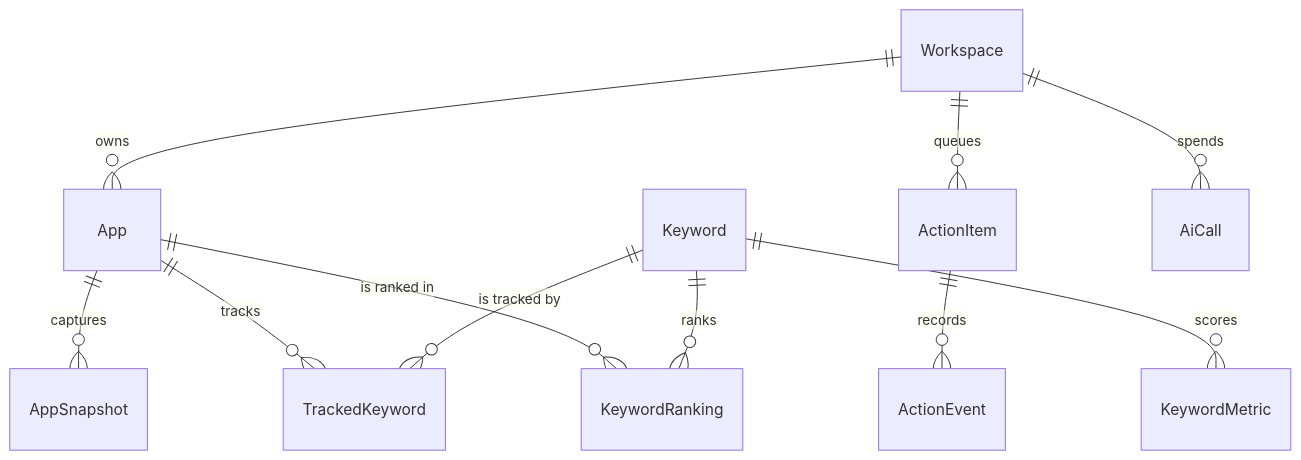
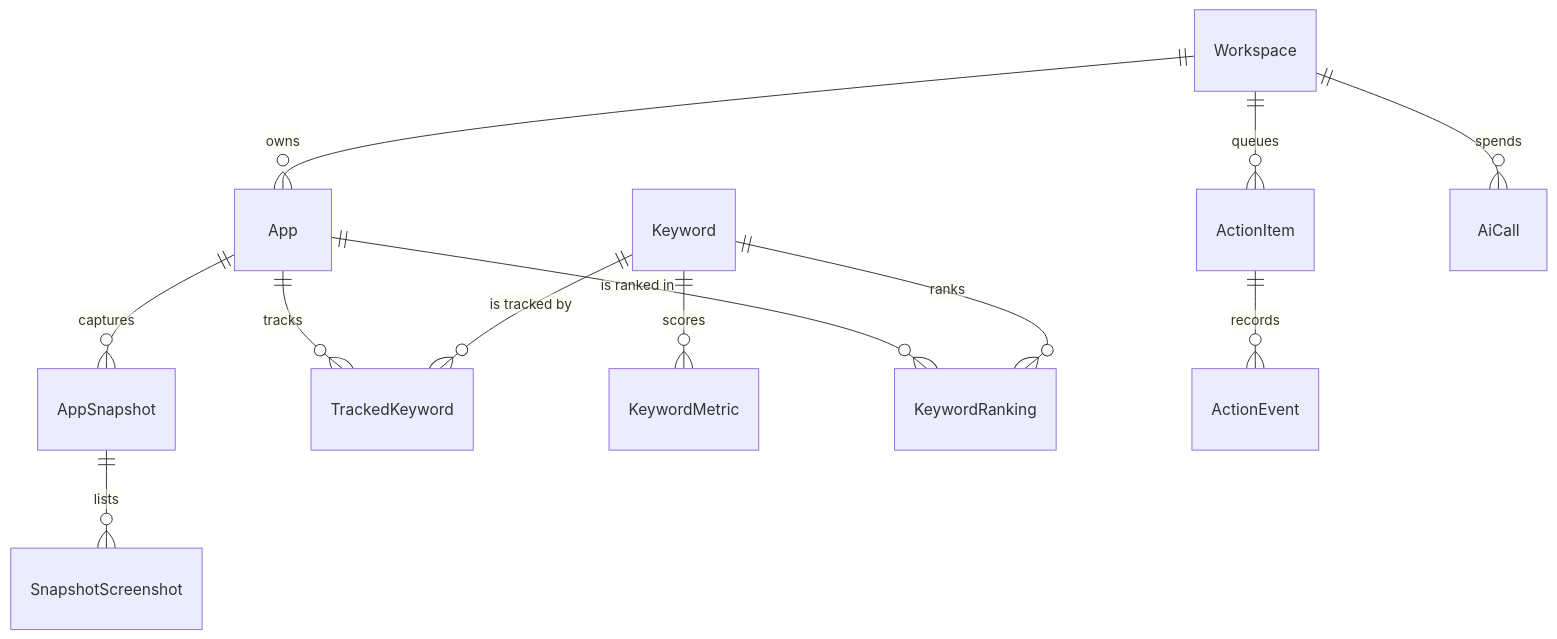
Before and after one commit to AsoBeast/asobeast: the diagram in docs/concepts/data-model.mdx, drawn with Mermaid. The commit also changed other lines of this file and 171 other files, not shown here.

````diff
--- a/docs/concepts/data-model.mdx
+++ b/docs/concepts/data-model.mdx
@@ -36,13 +38,14 @@
 ```mermaid
 erDiagram
   Workspace ||--o{ App : owns
   App ||--o{ AppSnapshot : captures
+  AppSnapshot ||--o{ SnapshotScreenshot : lists
   App ||--o{ TrackedKeyword : tracks
   Keyword ||--o{ TrackedKeyword : "is tracked by"
   Keyword ||--o{ KeywordMetric : scores
   App ||--o{ KeywordRanking : "is ranked in"
   Keyword ||--o{ KeywordRanking : ranks
   Workspace ||--o{ ActionItem : queues
   ActionItem ||--o{ ActionEvent : records
   Workspace ||--o{ AiCall : spends
 ```
````
